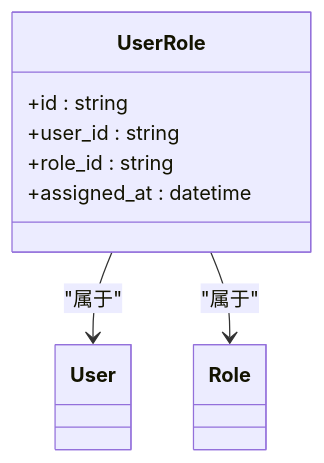
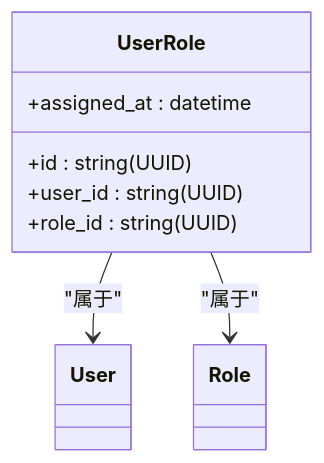
Before and after one commit to taoweidong/Hello-FastApi: the fifth of 11 diagrams in .qoder/repowiki/zh/content/数据模型设计/数据模型设计.md, drawn with Mermaid. The commit also changed other lines of this file and 11 other files, not shown here.

````diff
--- a/.qoder/repowiki/zh/content/数据模型设计/数据模型设计.md
+++ b/.qoder/repowiki/zh/content/数据模型设计/数据模型设计.md
@@ -250,13 +235,13 @@
 ```mermaid
 classDiagram
 class UserRole {
-+id : string
-+user_id : string
-+role_id : string
++id : string(UUID)
++user_id : string(UUID)
++role_id : string(UUID)
 +assigned_at : datetime
 }
 class User
 class Role
 UserRole --> User : "属于"
 UserRole --> Role : "属于"
 ```
````
